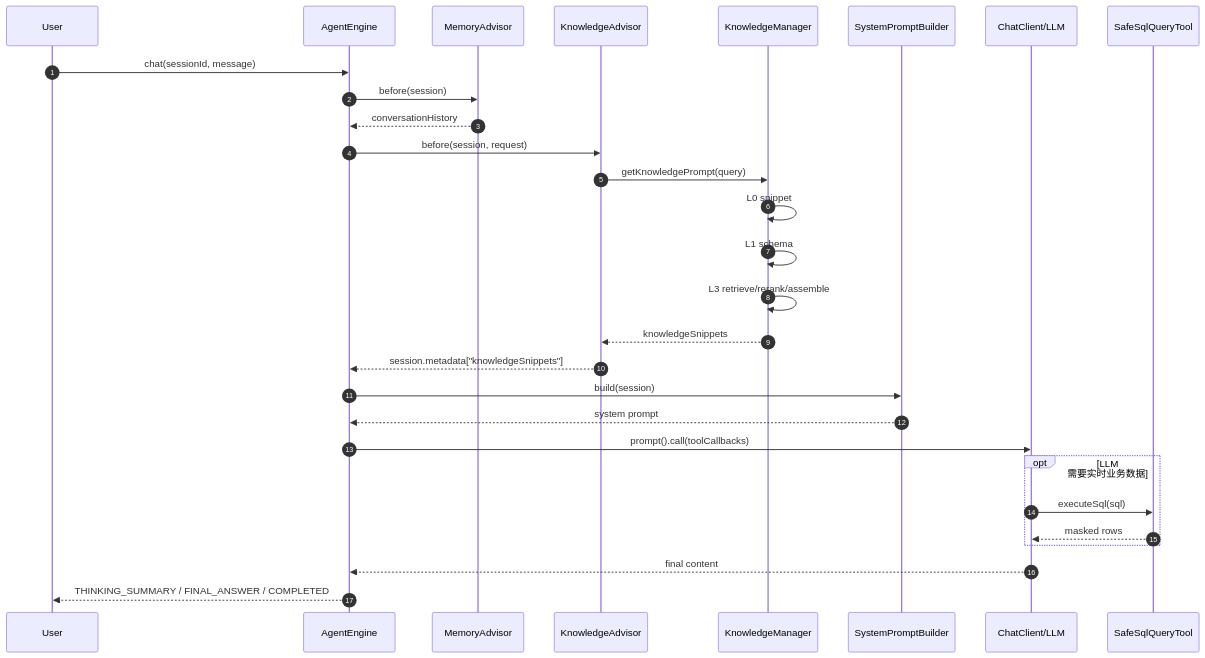
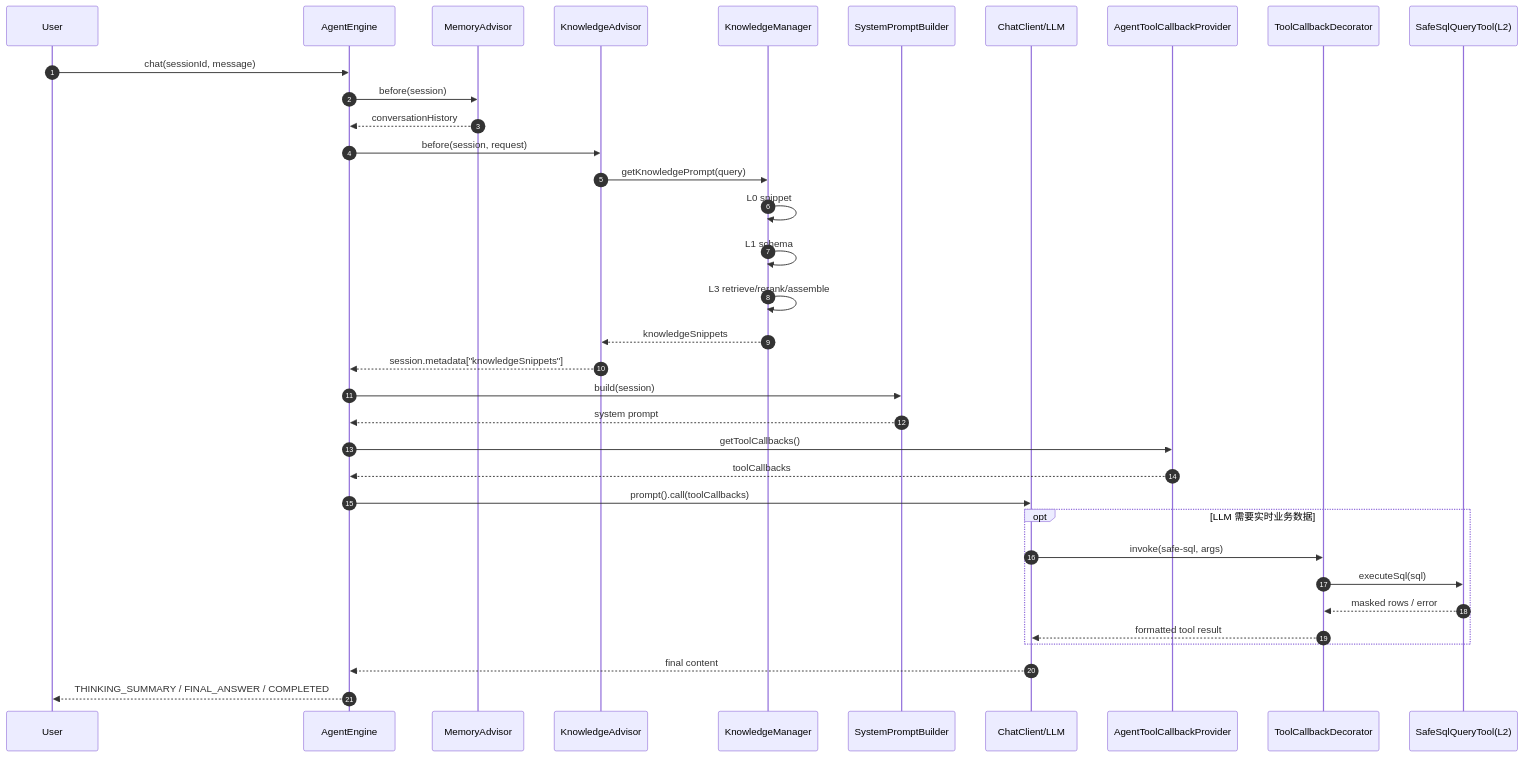
One commit to LiuZhekun/ai-agent changed the diagram in docs/12-问题答疑FAQ.md. Above: the diagram before and after it, drawn with Mermaid. The commit also changed 2 other files, not shown here.

Commit message:
feat(core): 添加规划顾问功能并优化Docker安装脚本
- 在AgentEngine中集成PlanningAdvisor支持规划执行
- 更新序列图文档展示工具回调装饰器模式
- 引入AgentToolCallbackProvider和ToolCallbackDecorator组件
- 增强install-all.sh脚本的CentOS/RHEL版本兼容性
- 添加版本ID检测函数支持多种Linux发行版
- 实现Docker仓库自动切换和配置优化
- 修复CentOS 10+版本的Docker仓库配置问题

````diff
--- a/docs/12-问题答疑FAQ.md
+++ b/docs/12-问题答疑FAQ.md
@@ -38,36 +38,42 @@
 ```mermaid
 sequenceDiagram
     autonumber
     participant U as User
     participant E as AgentEngine
     participant M as MemoryAdvisor
     participant KA as KnowledgeAdvisor
     participant KM as KnowledgeManager
     participant SP as SystemPromptBuilder
     participant LLM as ChatClient/LLM
-    participant L2 as SafeSqlQueryTool
+    participant TCP as AgentToolCallbackProvider
+    participant TD as ToolCallbackDecorator
+    participant L2 as SafeSqlQueryTool(L2)
 
     U->>E: chat(sessionId, message)
     E->>M: before(session)
     M-->>E: conversationHistory
 
     E->>KA: before(session, request)
     KA->>KM: getKnowledgePrompt(query)
     KM->>KM: L0 snippet
     KM->>KM: L1 schema
     KM->>KM: L3 retrieve/rerank/assemble
     KM-->>KA: knowledgeSnippets
     KA-->>E: session.metadata["knowledgeSnippets"]
 
     E->>SP: build(session)
     SP-->>E: system prompt
+    E->>TCP: getToolCallbacks()
+    TCP-->>E: toolCallbacks
     E->>LLM: prompt().call(toolCallbacks)
 
     opt LLM 需要实时业务数据
-        LLM->>L2: executeSql(sql)
-        L2-->>LLM: masked rows
+        LLM->>TD: invoke(safe-sql, args)
+        TD->>L2: executeSql(sql)
+        L2-->>TD: masked rows / error
+        TD-->>LLM: formatted tool result
     end
 
     LLM-->>E: final content
     E-->>U: THINKING_SUMMARY / FINAL_ANSWER / COMPLETED
 ```
````
